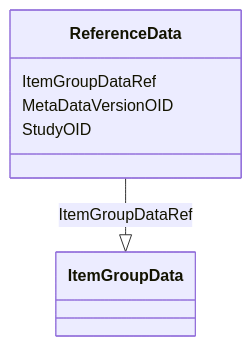
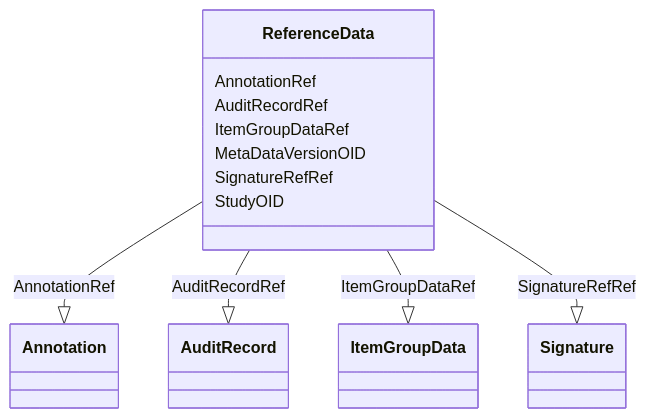
One commit to cdisc-org/DataExchange-ODM-LinkML changed the diagram in docs/ReferenceData.md. Above: the diagram before and after it, drawn with Mermaid. The commit also changed other lines of this file and 398 other files, not shown here.

Commit message:
refreshing for latest updates to schema

````diff
--- a/docs/ReferenceData.md
+++ b/docs/ReferenceData.md
@@ -9,13 +9,25 @@
 ```mermaid
  classDiagram
     class ReferenceData
+      ReferenceData : AnnotationRef
+        
+          ReferenceData --|> Annotation : AnnotationRef
+        
+      ReferenceData : AuditRecordRef
+        
+          ReferenceData --|> AuditRecord : AuditRecordRef
+        
       ReferenceData : ItemGroupDataRef
         
           ReferenceData --|> ItemGroupData : ItemGroupDataRef
         
       ReferenceData : MetaDataVersionOID
         
+      ReferenceData : SignatureRefRef
+        
+          ReferenceData --|> Signature : SignatureRefRef
+        
       ReferenceData : StudyOID
         
       
 ```
````
